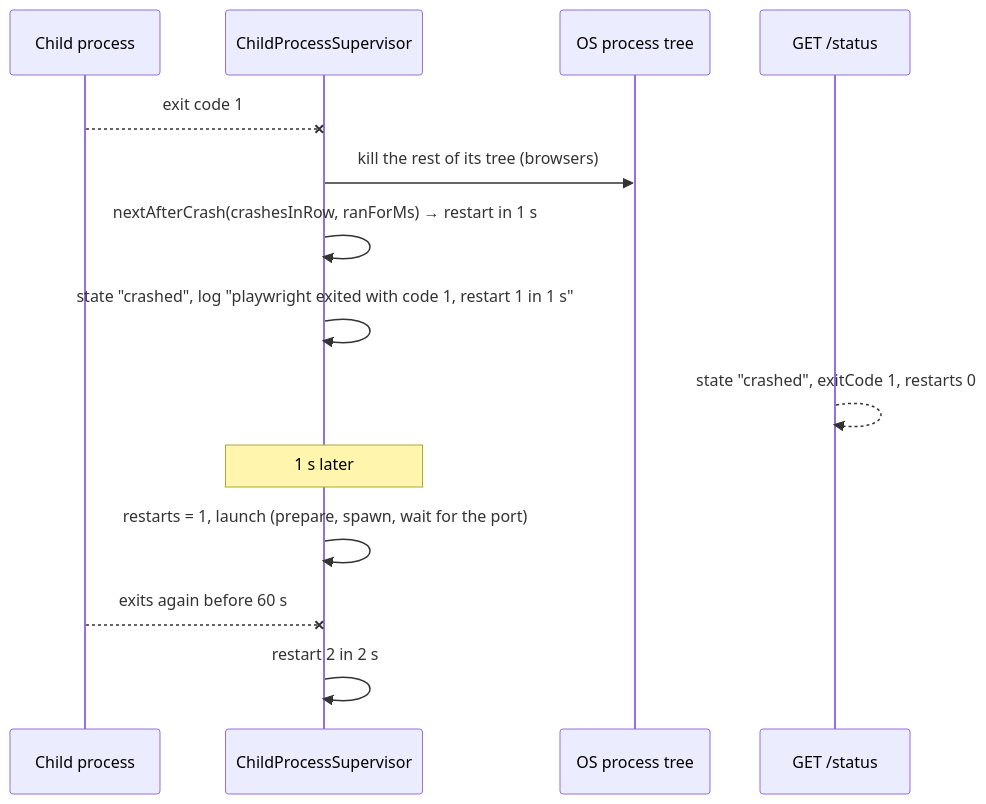
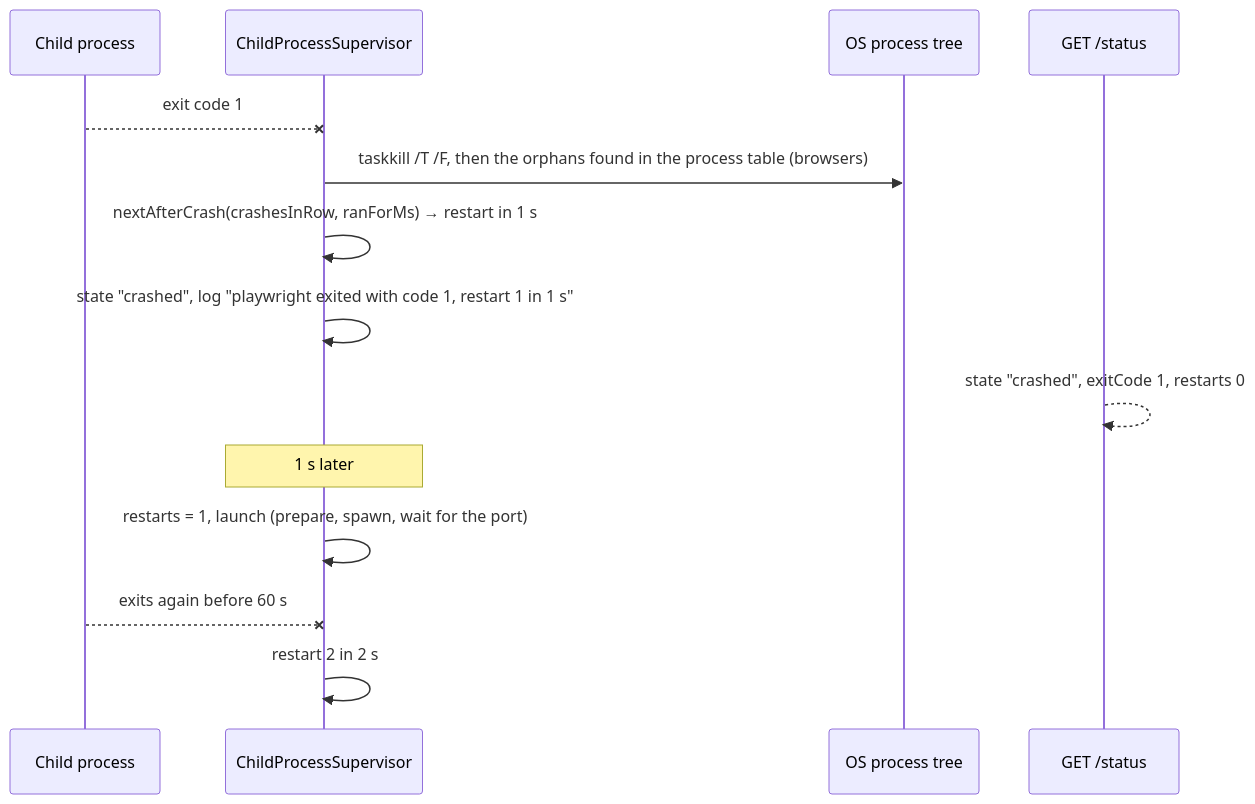
One commit to TimoSto/screenreader-speech-capture changed the second of 3 diagrams in docs/implementation/flows/child-services.md. Above: the diagram before and after it, drawn with Mermaid. The commit also changed other lines of this file and 24 other files, not shown here.

````diff
--- a/docs/implementation/flows/child-services.md
+++ b/docs/implementation/flows/child-services.md
@@ -48,17 +49,17 @@
 ```mermaid
 sequenceDiagram
     participant P as Child process
     participant S as ChildProcessSupervisor
     participant OS as OS process tree
     participant St as GET /status
 
     P--xS: exit code 1
-    S->>OS: kill the rest of its tree (browsers)
+    S->>OS: taskkill /T /F, then the orphans found in the process table (browsers)
     S->>S: nextAfterCrash(crashesInRow, ranForMs) → restart in 1 s
     S->>S: state "crashed", log "playwright exited with code 1, restart 1 in 1 s"
     St-->>St: state "crashed", exitCode 1, restarts 0
     Note over S: 1 s later
     S->>S: restarts = 1, launch (prepare, spawn, wait for the port)
     P--xS: exits again before 60 s
     S->>S: restart 2 in 2 s
 ```
````
